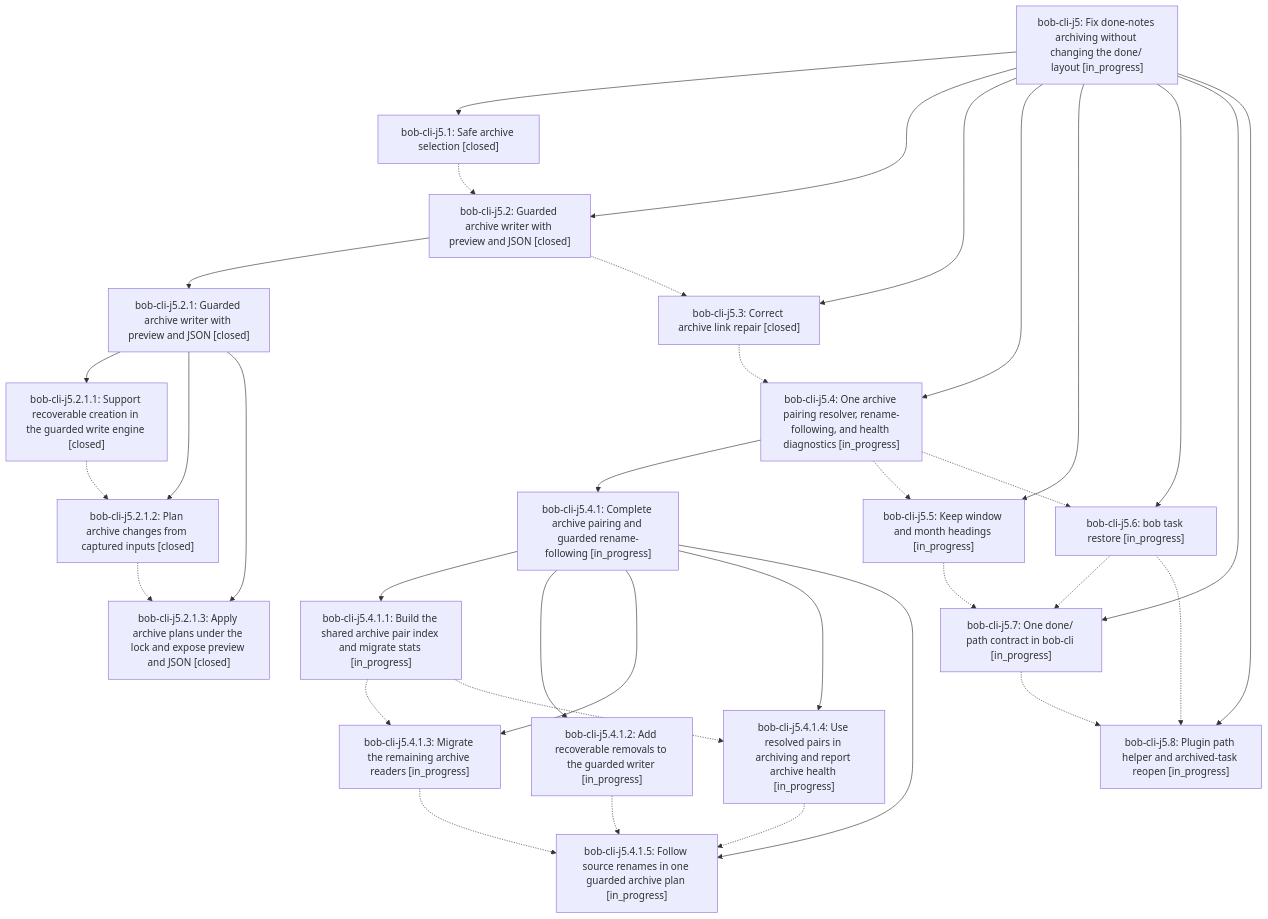
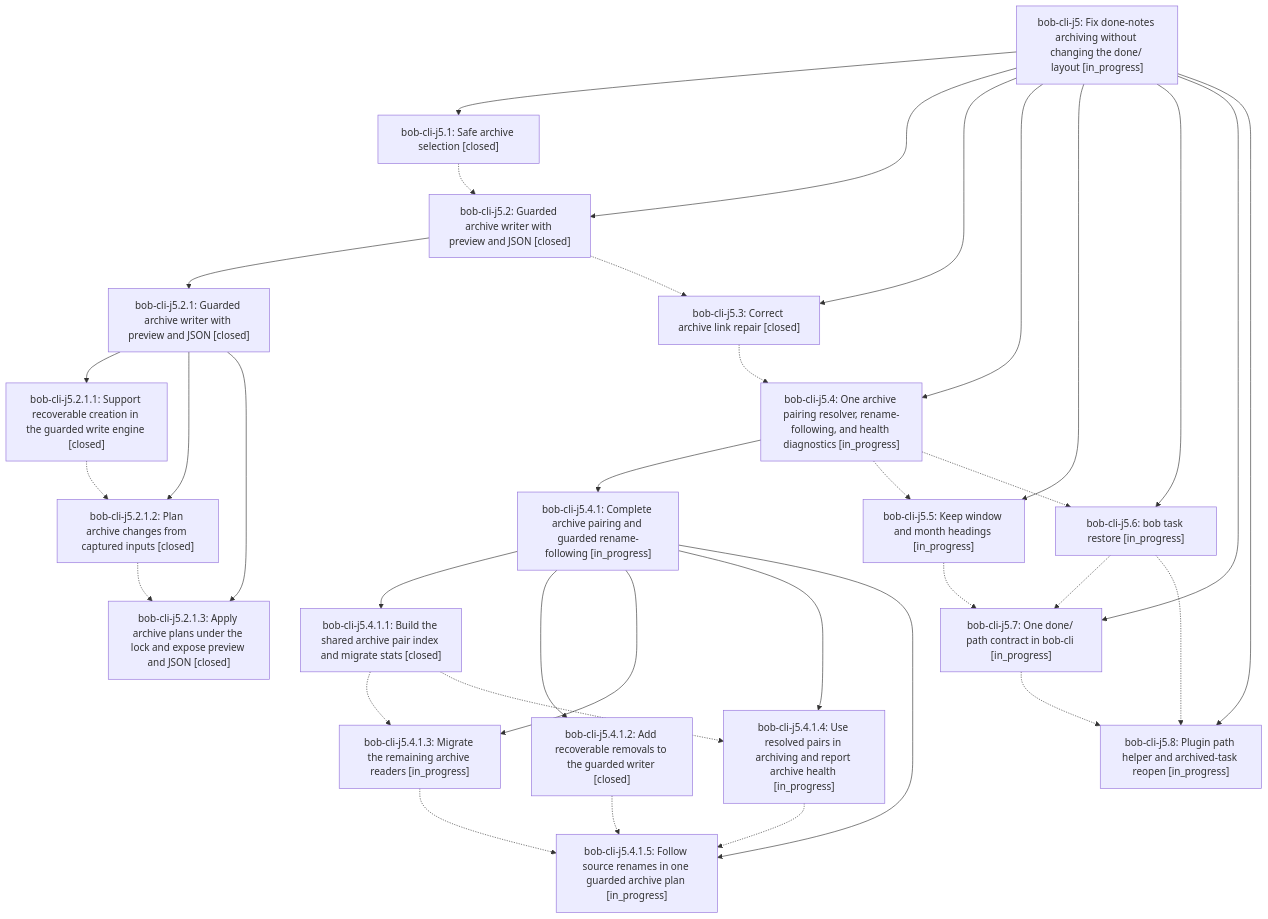
The diagram in pages/bob-cli-j5/README.md (bobs-org/bob-cli--beads), drawn with Mermaid before and after one commit. The commit also changed other lines of this file and 6 other files, not shown here.

First line of the commit message:
chore(beads): sync bead state and pages for bob-cli-j5

````diff
--- a/pages/bob-cli-j5/README.md
+++ b/pages/bob-cli-j5/README.md
@@ -41,56 +41,56 @@
 ```mermaid
 flowchart TD
     n0["bob-cli-j5: Fix done-notes archiving without changing the done/ layout [in_progress]"]
     n1["bob-cli-j5.1: Safe archive selection [closed]"]
     n2["bob-cli-j5.2: Guarded archive writer with preview and JSON [closed]"]
     n3["bob-cli-j5.2.1: Guarded archive writer with preview and JSON [closed]"]
     n4["bob-cli-j5.2.1.1: Support recoverable creation in the guarded write engine [closed]"]
     n5["bob-cli-j5.2.1.2: Plan archive changes from captured inputs [closed]"]
     n6["bob-cli-j5.2.1.3: Apply archive plans under the lock and expose preview and JSON [closed]"]
     n7["bob-cli-j5.3: Correct archive link repair [closed]"]
     n8["bob-cli-j5.4: One archive pairing resolver, rename-following, and health diagnostics [in_progress]"]
     n9["bob-cli-j5.4.1: Complete archive pairing and guarded rename-following [in_progress]"]
-    n10["bob-cli-j5.4.1.1: Build the shared archive pair index and migrate stats [in_progress]"]
-    n11["bob-cli-j5.4.1.2: Add recoverable removals to the guarded writer [in_progress]"]
+    n10["bob-cli-j5.4.1.1: Build the shared archive pair index and migrate stats [closed]"]
+    n11["bob-cli-j5.4.1.2: Add recoverable removals to the guarded writer [closed]"]
     n12["bob-cli-j5.4.1.3: Migrate the remaining archive readers [in_progress]"]
     n13["bob-cli-j5.4.1.4: Use resolved pairs in archiving and report archive health [in_progress]"]
     n14["bob-cli-j5.4.1.5: Follow source renames in one guarded archive plan [in_progress]"]
     n15["bob-cli-j5.5: Keep window and month headings [in_progress]"]
     n16["bob-cli-j5.6: bob task restore [in_progress]"]
     n17["bob-cli-j5.7: One done/ path contract in bob-cli [in_progress]"]
     n18["bob-cli-j5.8: Plugin path helper and archived-task reopen [in_progress]"]
     n0 --> n1
     n0 --> n2
     n2 --> n3
     n3 --> n4
     n3 --> n5
     n3 --> n6
     n0 --> n7
     n0 --> n8
     n8 --> n9
     n9 --> n10
     n9 --> n11
     n9 --> n12
     n9 --> n13
     n9 --> n14
     n0 --> n15
     n0 --> n16
     n0 --> n17
     n0 --> n18
     n1 -.-> n2
     n2 -.-> n7
     n4 -.-> n5
     n5 -.-> n6
     n7 -.-> n8
     n8 -.-> n15
     n8 -.-> n16
     n10 -.-> n12
     n10 -.-> n13
     n11 -.-> n14
     n12 -.-> n14
     n13 -.-> n14
     n15 -.-> n17
     n16 -.-> n17
     n16 -.-> n18
     n17 -.-> n18
 ```
````
